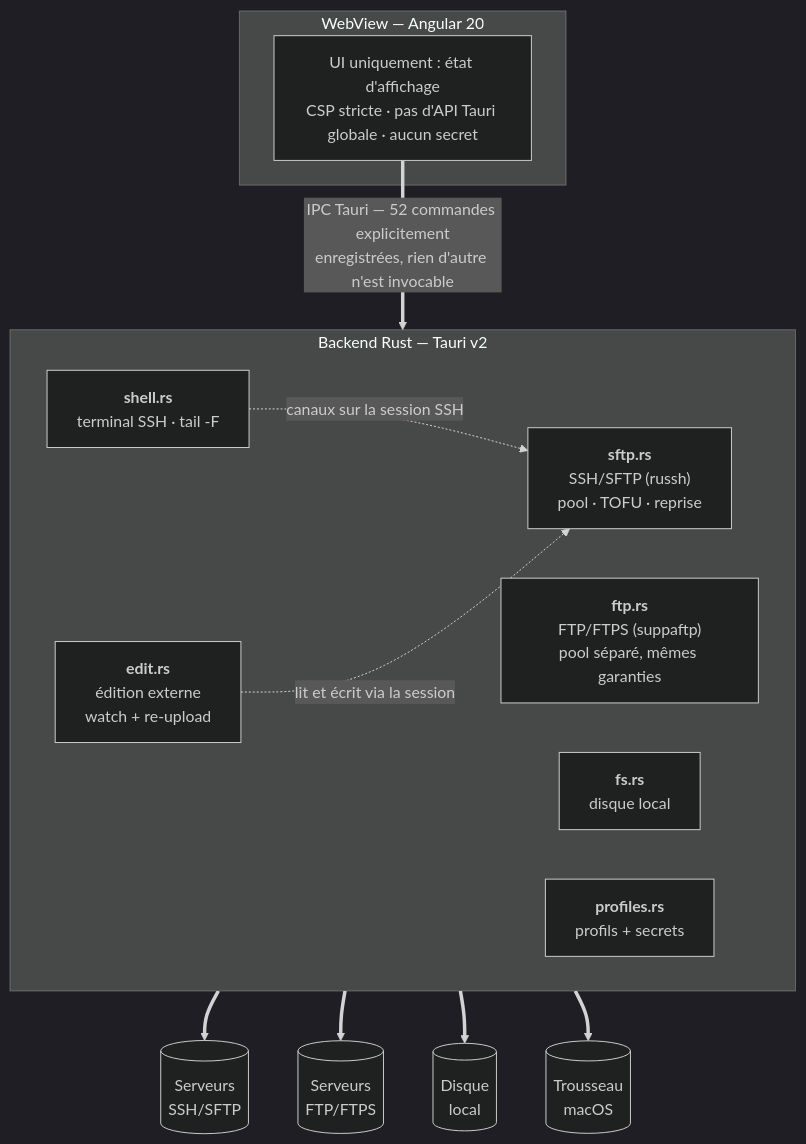
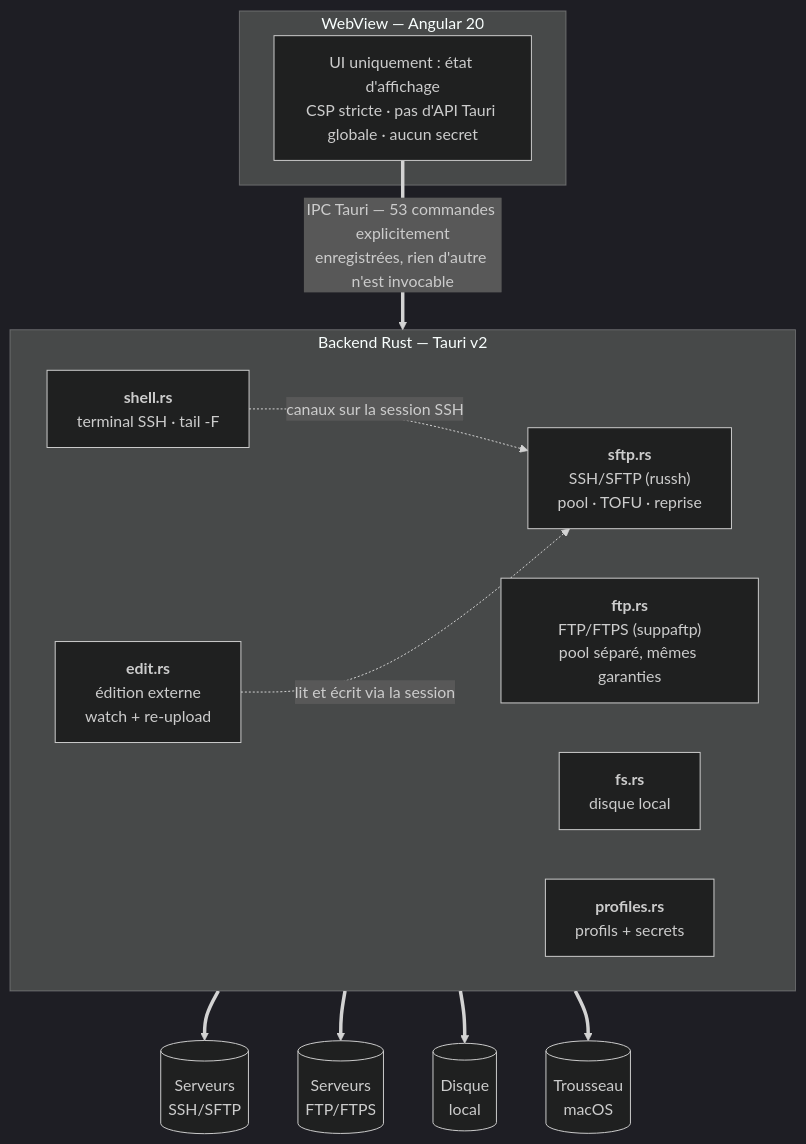
One commit to LucasRaffalli/charon changed the diagram in README.md. Above: the diagram before and after it, drawn with Mermaid (dark theme). The commit also changed other lines of this file and 24 other files, not shown here.

````diff
--- a/README.md
+++ b/README.md
@@ -100,26 +100,26 @@
 ```mermaid
 flowchart TB
     subgraph webview["WebView — Angular 20"]
         ui["UI uniquement : état d'affichage<br/>CSP stricte · pas d'API Tauri globale · aucun secret"]
     end
 
-    ui =="IPC Tauri — 52 commandes explicitement<br/>enregistrées, rien d'autre n'est invocable"==> backend
+    ui =="IPC Tauri — 53 commandes explicitement<br/>enregistrées, rien d'autre n'est invocable"==> backend
 
     subgraph backend["Backend Rust — Tauri v2"]
         direction LR
         sftp["<b>sftp.rs</b><br/>SSH/SFTP (russh)<br/>pool · TOFU · reprise"]
         ftp["<b>ftp.rs</b><br/>FTP/FTPS (suppaftp)<br/>pool séparé, mêmes garanties"]
         shell["<b>shell.rs</b><br/>terminal SSH · tail -F"]
         edit["<b>edit.rs</b><br/>édition externe<br/>watch + re-upload"]
         fs["<b>fs.rs</b><br/>disque local"]
         profiles["<b>profiles.rs</b><br/>profils + secrets"]
     end
 
     shell -."canaux sur la session SSH".-> sftp
     edit -."lit et écrit via la session".-> sftp
 
     sftp ==> ssh[("Serveurs<br/>SSH/SFTP")]
     ftp ==> ftps[("Serveurs<br/>FTP/FTPS")]
     fs ==> disk[("Disque<br/>local")]
     profiles ==> keychain[("Trousseau<br/>macOS")]
 ```
````
